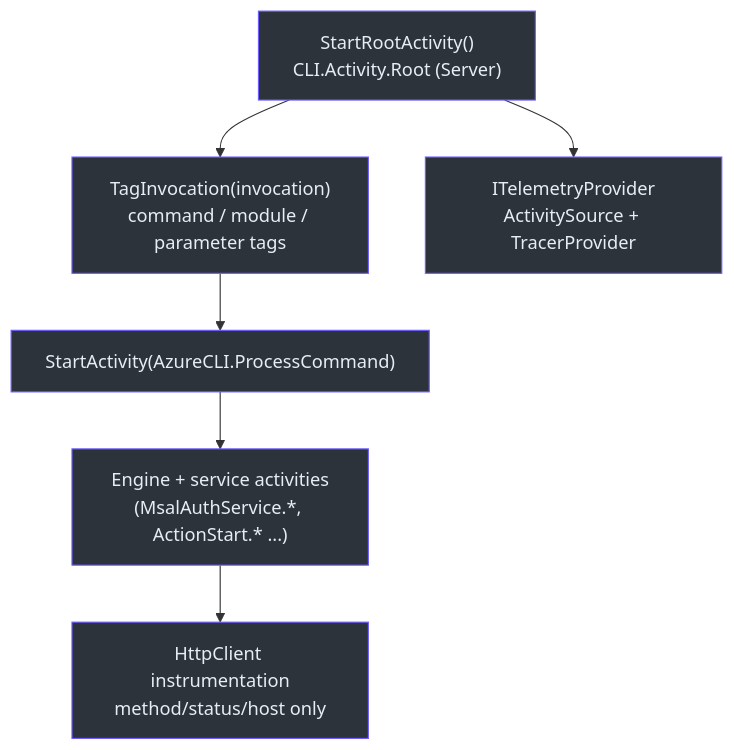
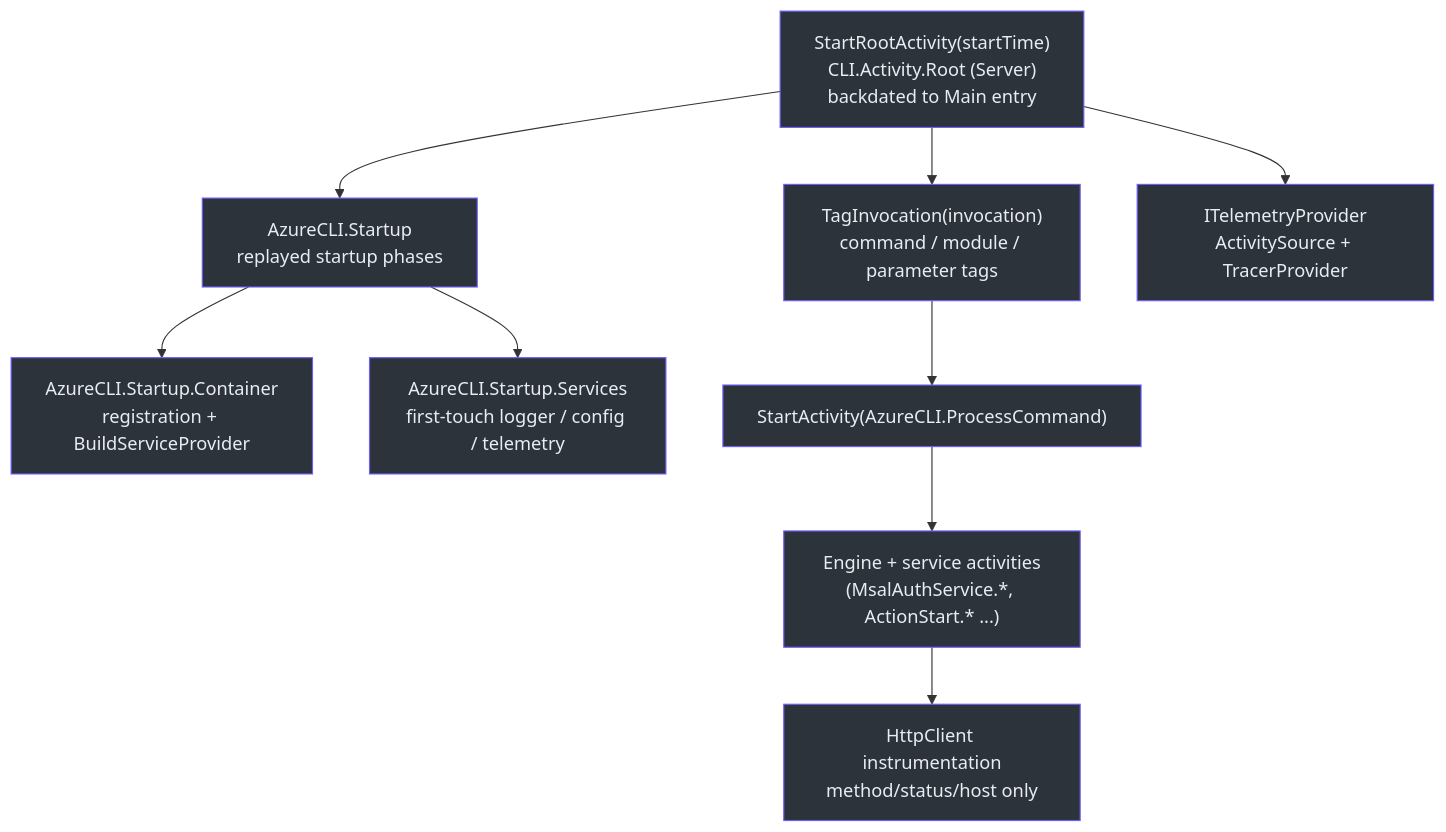
Before and after one commit to Azure/azclips: the first of 2 diagrams in wiki/02-deep-dive/telemetry.md, drawn with Mermaid. The commit also changed other lines of this file and 19 other files, not shown here.

First line of the commit message:
{Telemetry} Trace startup time for CLI and PS module import (#685)

````diff
--- a/wiki/02-deep-dive/telemetry.md
+++ b/wiki/02-deep-dive/telemetry.md
@@ -23,15 +23,21 @@
 ```mermaid
 flowchart TB
-    Root["StartRootActivity()<br>CLI.Activity.Root (Server)"] --> Tag["TagInvocation(invocation)<br>command / module / parameter tags"]
+    Root["StartRootActivity(startTime)<br>CLI.Activity.Root (Server)<br>backdated to Main entry"] --> Perf["AzureCLI.Startup<br>replayed startup phases"]
+    Perf --> Container["AzureCLI.Startup.Container<br>registration + BuildServiceProvider"]
+    Perf --> Services["AzureCLI.Startup.Services<br>first-touch logger / config / telemetry"]
+    Root --> Tag["TagInvocation(invocation)<br>command / module / parameter tags"]
     Tag --> Cmd["StartActivity(AzureCLI.ProcessCommand)"]
     Cmd --> Engine["Engine + service activities<br>(MsalAuthService.*, ActionStart.* ...)"]
     Engine --> Http["HttpClient instrumentation<br>method/status/host only"]
     Root --> Provider["ITelemetryProvider<br>ActivitySource + TracerProvider"]
 
     style Root fill:#2d333b,stroke:#6d5dfc,color:#e6edf3
+    style Perf fill:#2d333b,stroke:#6d5dfc,color:#e6edf3
+    style Container fill:#2d333b,stroke:#6d5dfc,color:#e6edf3
+    style Services fill:#2d333b,stroke:#6d5dfc,color:#e6edf3
     style Tag fill:#2d333b,stroke:#6d5dfc,color:#e6edf3
     style Cmd fill:#2d333b,stroke:#6d5dfc,color:#e6edf3
     style Engine fill:#2d333b,stroke:#6d5dfc,color:#e6edf3
     style Http fill:#2d333b,stroke:#6d5dfc,color:#e6edf3
     style Provider fill:#2d333b,stroke:#6d5dfc,color:#e6edf3
 ```
````
